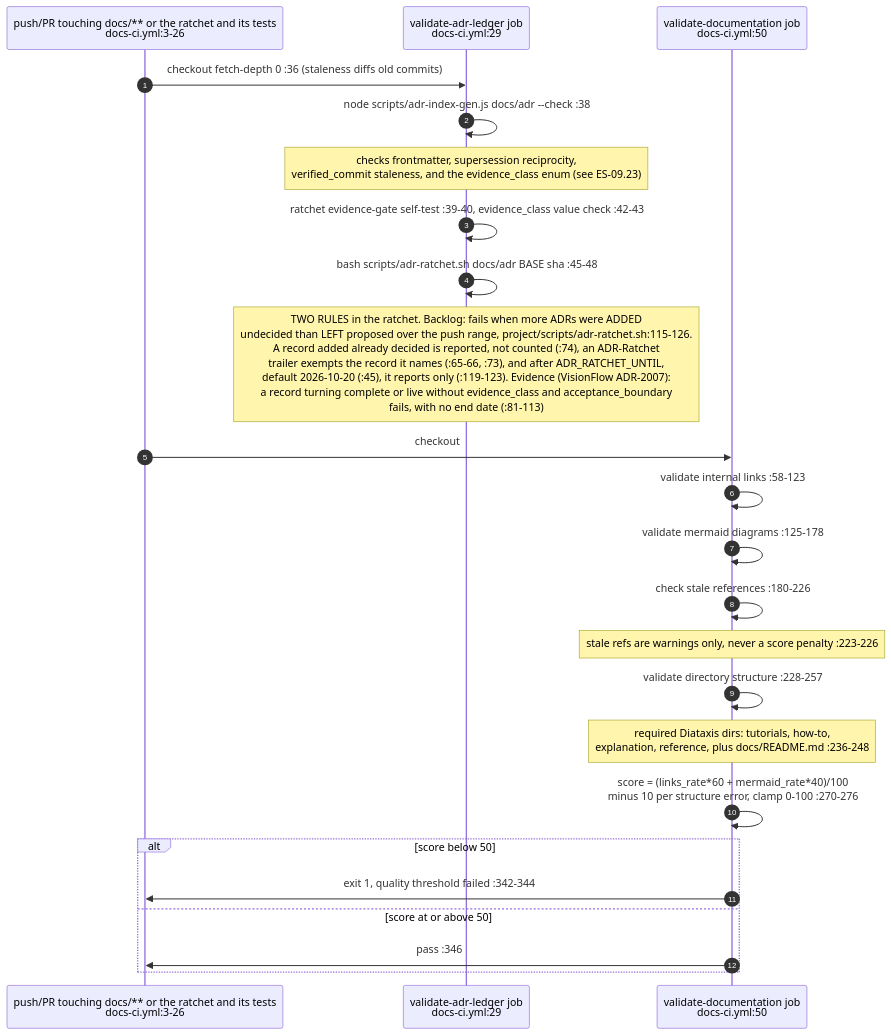
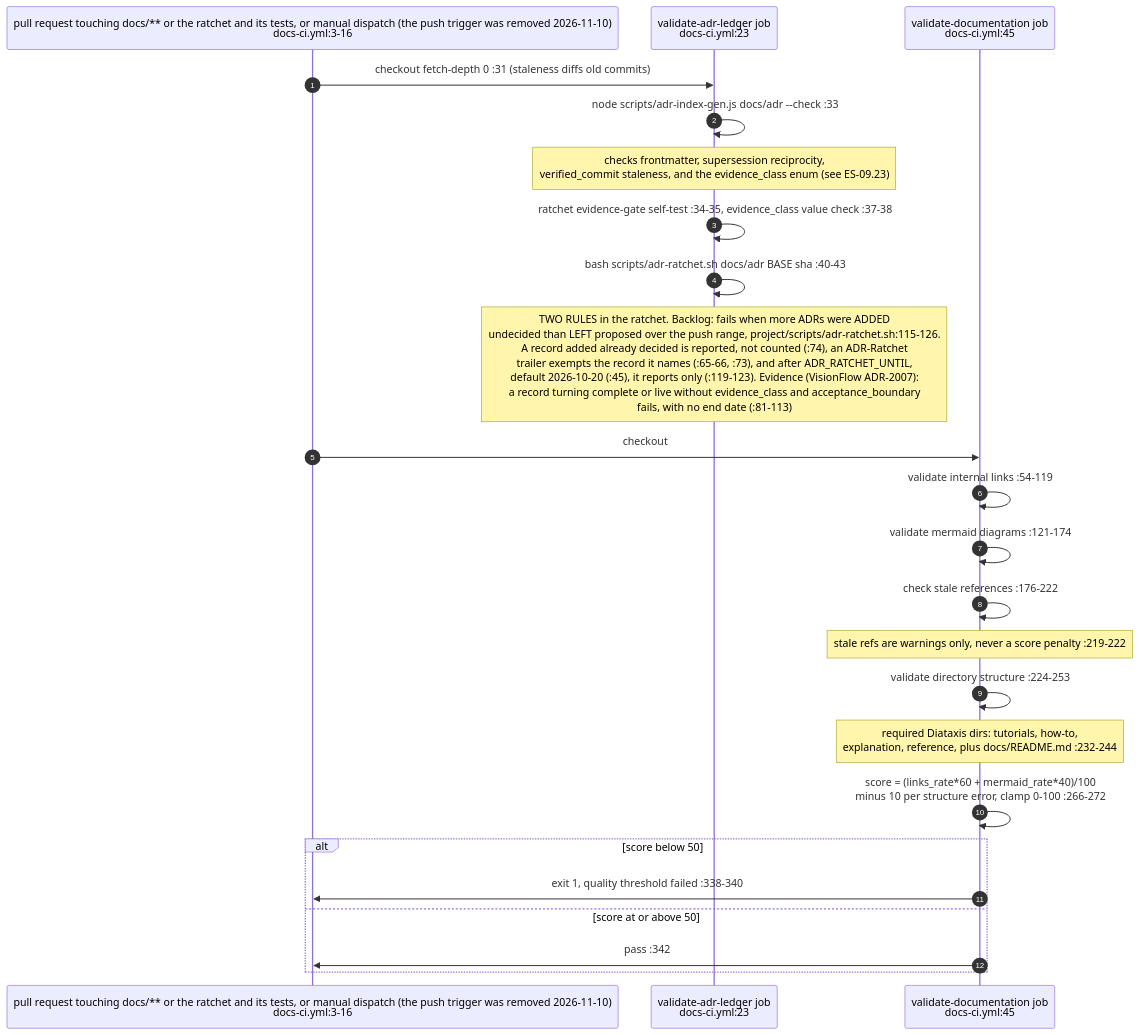
Diagram 12 of 24 in docs/diagrams/estate/09-build-deploy-and-ci-estate.md (DreamLab-AI/VisionFlow), drawn with Mermaid before and after one commit. The commit also changed other lines of this file and 49 other files, not shown here.

First line of the commit message:
docs(diagrams): re-derive and re-stamp VisionClaw, estate, knowledge-graph, visionGraph, VisionFlow and sidestr topics

````diff
--- a/docs/diagrams/estate/09-build-deploy-and-ci-estate.md
+++ b/docs/diagrams/estate/09-build-deploy-and-ci-estate.md
@@ -484,28 +484,28 @@
 ```mermaid
 sequenceDiagram
     autonumber
-    participant GH as push/PR touching docs/** or the ratchet and its tests<br/>docs-ci.yml:3-26
-    participant ADR as validate-adr-ledger job<br/>docs-ci.yml:29
-    participant DOC as validate-documentation job<br/>docs-ci.yml:50
+    participant GH as pull request touching docs/** or the ratchet and its tests, or manual dispatch (the push trigger was removed 2026-11-10)<br/>docs-ci.yml:3-16
+    participant ADR as validate-adr-ledger job<br/>docs-ci.yml:23
+    participant DOC as validate-documentation job<br/>docs-ci.yml:45
 
-    GH->>ADR: checkout fetch-depth 0 :36 (staleness diffs old commits)
-    ADR->>ADR: node scripts/adr-index-gen.js docs/adr --check :38
+    GH->>ADR: checkout fetch-depth 0 :31 (staleness diffs old commits)
+    ADR->>ADR: node scripts/adr-index-gen.js docs/adr --check :33
     Note over ADR: checks frontmatter, supersession reciprocity,<br/>verified_commit staleness, and the evidence_class enum (see ES-09.23)
-    ADR->>ADR: ratchet evidence-gate self-test :39-40, evidence_class value check :42-43
-    ADR->>ADR: bash scripts/adr-ratchet.sh docs/adr BASE sha :45-48
+    ADR->>ADR: ratchet evidence-gate self-test :34-35, evidence_class value check :37-38
+    ADR->>ADR: bash scripts/adr-ratchet.sh docs/adr BASE sha :40-43
     Note over ADR: TWO RULES in the ratchet. Backlog: fails when more ADRs were ADDED<br/>undecided than LEFT proposed over the push range, project/scripts/adr-ratchet.sh:115-126.<br/>A record added already decided is reported, not counted (:74), an ADR-Ratchet<br/>trailer exempts the record it names (:65-66, :73), and after ADR_RATCHET_UNTIL,<br/>default 2026-10-20 (:45), it reports only (:119-123). Evidence (VisionFlow ADR-2007):<br/>a record turning complete or live without evidence_class and acceptance_boundary<br/>fails, with no end date (:81-113)
 
     GH->>DOC: checkout
-    DOC->>DOC: validate internal links :58-123
-    DOC->>DOC: validate mermaid diagrams :125-178
-    DOC->>DOC: check stale references :180-226
-    Note over DOC: stale refs are warnings only, never a score penalty :223-226
-    DOC->>DOC: validate directory structure :228-257
-    Note over DOC: required Diataxis dirs: tutorials, how-to,<br/>explanation, reference, plus docs/README.md :236-248
-    DOC->>DOC: score = (links_rate*60 + mermaid_rate*40)/100<br/>minus 10 per structure error, clamp 0-100 :270-276
+    DOC->>DOC: validate internal links :54-119
+    DOC->>DOC: validate mermaid diagrams :121-174
+    DOC->>DOC: check stale references :176-222
+    Note over DOC: stale refs are warnings only, never a score penalty :219-222
+    DOC->>DOC: validate directory structure :224-253
+    Note over DOC: required Diataxis dirs: tutorials, how-to,<br/>explanation, reference, plus docs/README.md :232-244
+    DOC->>DOC: score = (links_rate*60 + mermaid_rate*40)/100<br/>minus 10 per structure error, clamp 0-100 :266-272
     alt score below 50
-        DOC->>GH: exit 1, quality threshold failed :342-344
+        DOC->>GH: exit 1, quality threshold failed :338-340
     else score at or above 50
-        DOC->>GH: pass :346
+        DOC->>GH: pass :342
     end
 ```
````
